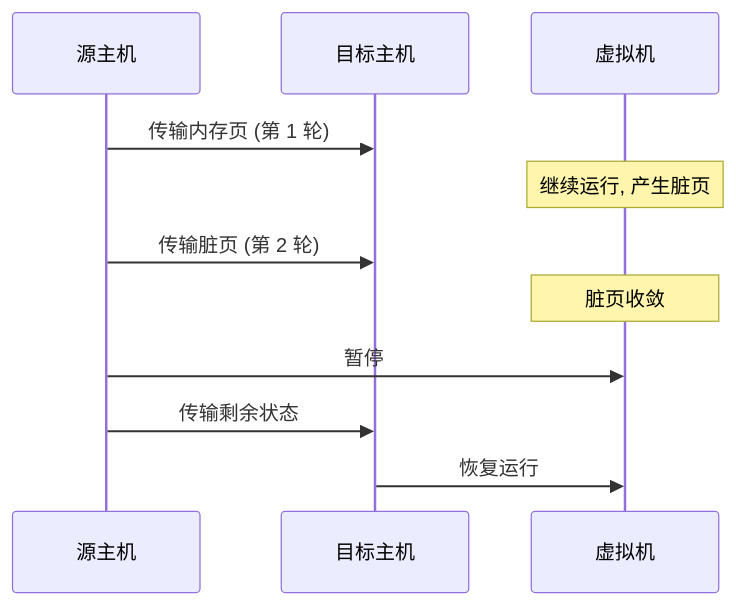
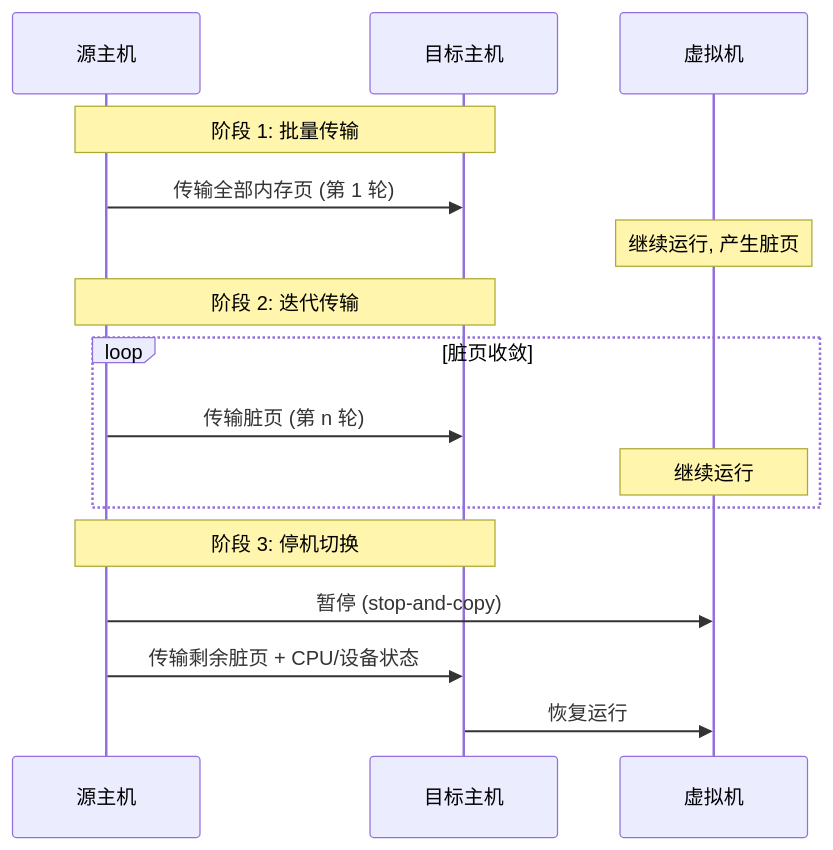
Before and after one commit to snowfrs/docs: diagram 17 of 18 in content/docs/Projects/OS_Learn/M7_Virtualization_Cloud.mdx, drawn with Mermaid. The commit also changed other lines of this file and 6 other files, not shown here.

````diff
--- a/content/docs/Projects/OS_Learn/M7_Virtualization_Cloud.mdx
+++ b/content/docs/Projects/OS_Learn/M7_Virtualization_Cloud.mdx
@@ -676,14 +800,21 @@
 ```mermaid
 sequenceDiagram
     participant Src as 源主机
     participant Dst as 目标主机
     participant VM as 虚拟机
     
-    Src->>Dst: 传输内存页 (第 1 轮)
+    Note over Src,Dst: 阶段 1: 批量传输
+    Src->>Dst: 传输全部内存页 (第 1 轮)
     Note over VM: 继续运行, 产生脏页
-    Src->>Dst: 传输脏页 (第 2 轮)
-    Note over VM: 脏页收敛
-    Src->>VM: 暂停
-    Src->>Dst: 传输剩余状态
+    
+    Note over Src,Dst: 阶段 2: 迭代传输
+    loop 脏页收敛
+        Src->>Dst: 传输脏页 (第 n 轮)
+        Note over VM: 继续运行
+    end
+    
+    Note over Src,Dst: 阶段 3: 停机切换
+    Src->>VM: 暂停 (stop-and-copy)
+    Src->>Dst: 传输剩余脏页 + CPU/设备状态
     Dst->>VM: 恢复运行
 ```
````
